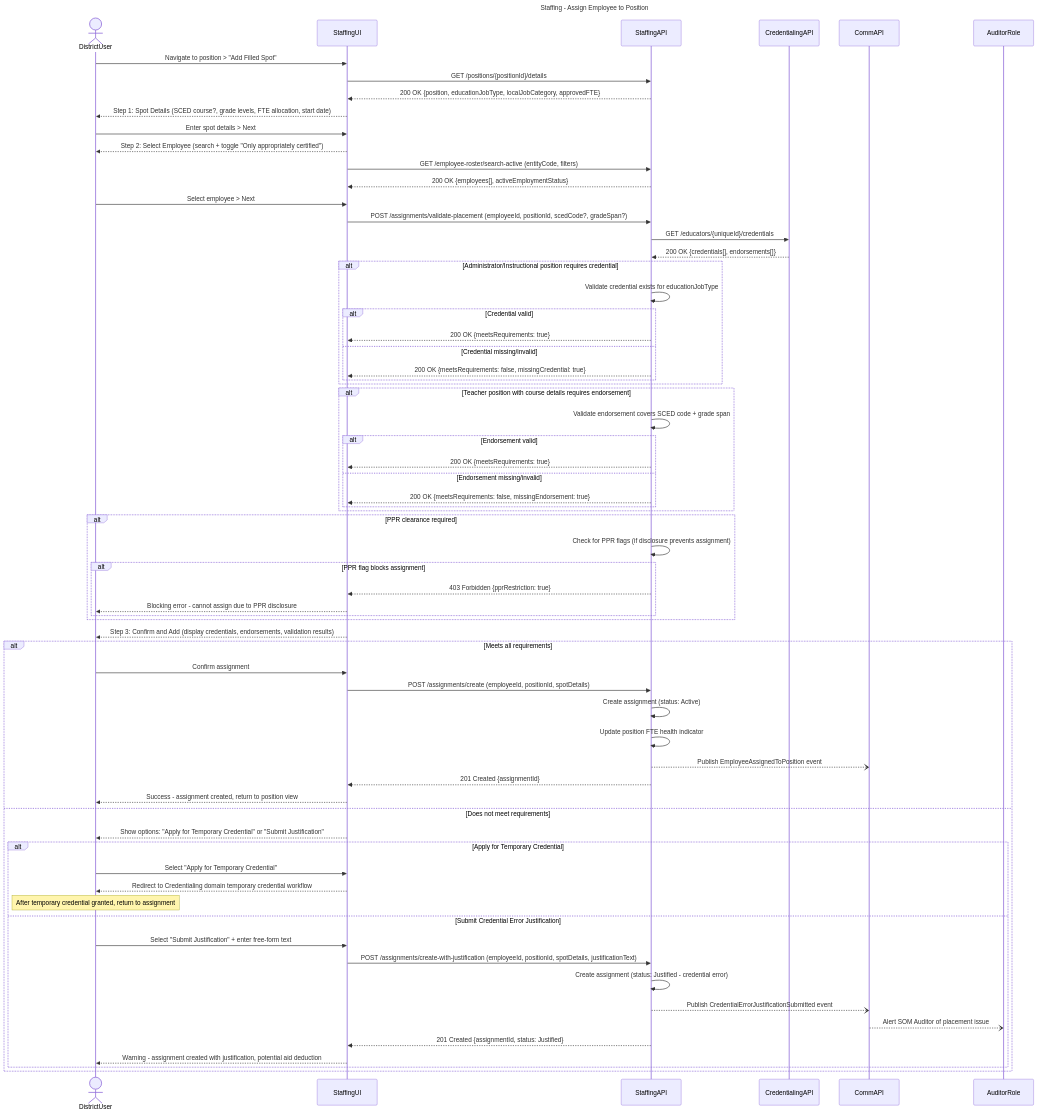
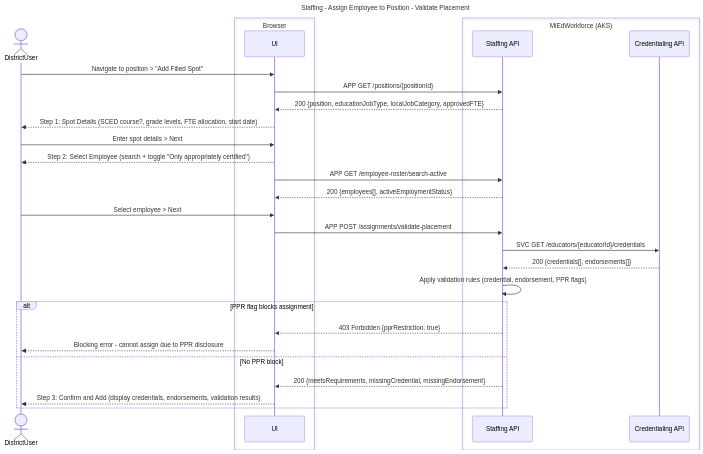
The fourth of 14 diagrams in working-docs/solution-areas/staffing/staffing-sequences.md (mnichols-dl/mied-design), drawn with Mermaid before and after one commit. The commit also changed other lines of this file and 34 other files, not shown here.

Commit message:
Update sequences and perform RTM assessment

````diff
--- a/working-docs/solution-areas/staffing/staffing-sequences.md
+++ b/working-docs/solution-areas/staffing/staffing-sequences.md
@@ -208,87 +227,40 @@
 ```mermaid
 ---
-title: Staffing - Assign Employee to Position
+title: Staffing - Assign Employee to Position - Validate Placement
 ---
 sequenceDiagram
     actor DistrictUser
-    participant StaffingUI
-    participant StaffingAPI
-    participant CredentialingAPI
-    participant CommAPI
-    
-    DistrictUser->>StaffingUI: Navigate to position > "Add Filled Spot"
-    StaffingUI->>StaffingAPI: GET /positions/{positionId}/details
-    StaffingAPI-->>StaffingUI: 200 OK {position, educationJobType, localJobCategory, approvedFTE}
-    
-    StaffingUI-->>DistrictUser: Step 1: Spot Details (SCED course?, grade levels, FTE allocation, start date)
-    DistrictUser->>StaffingUI: Enter spot details > Next
-    
-    StaffingUI-->>DistrictUser: Step 2: Select Employee (search + toggle "Only appropriately certified")
-    StaffingUI->>StaffingAPI: GET /employee-roster/search-active (entityCode, filters)
-    StaffingAPI-->>StaffingUI: 200 OK {employees[], activeEmploymentStatus}
-    
-    DistrictUser->>StaffingUI: Select employee > Next
-    StaffingUI->>StaffingAPI: POST /assignments/validate-placement (employeeId, positionId, scedCode?, gradeSpan?)
-    
-    StaffingAPI->>CredentialingAPI: GET /educators/{uniqueId}/credentials
-    CredentialingAPI-->>StaffingAPI: 200 OK {credentials[], endorsements[]}
-    
-    alt Administrator/Instructional position requires credential
-        StaffingAPI->>StaffingAPI: Validate credential exists for educationJobType
-        
-        alt Credential valid
-            StaffingAPI-->>StaffingUI: 200 OK {meetsRequirements: true}
-        else Credential missing/invalid
-            StaffingAPI-->>StaffingUI: 200 OK {meetsRequirements: false, missingCredential: true}
-        end
+    box Browser
+        participant UI as UI
     end
-    
-    alt Teacher position with course details requires endorsement
-        StaffingAPI->>StaffingAPI: Validate endorsement covers SCED code + grade span
-        
-        alt Endorsement valid
-            StaffingAPI-->>StaffingUI: 200 OK {meetsRequirements: true}
-        else Endorsement missing/invalid
-            StaffingAPI-->>StaffingUI: 200 OK {meetsRequirements: false, missingEndorsement: true}
-        end
+    box MiEdWorkforce (AKS)
+        participant StaffingApi as Staffing API
+        participant CredApi as Credentialing API
     end
-    
-    alt PPR clearance required
-        StaffingAPI->>StaffingAPI: Check for PPR flags (if disclosure prevents assignment)
-        
-        alt PPR flag blocks assignment
-            StaffingAPI-->>StaffingUI: 403 Forbidden {pprRestriction: true}
-            StaffingUI-->>DistrictUser: Blocking error - cannot assign due to PPR disclosure
-        end
-    end
-    
-    StaffingUI-->>DistrictUser: Step 3: Confirm and Add (display credentials, endorsements, validation results)
-    
-    alt Meets all requirements
-        DistrictUser->>StaffingUI: Confirm assignment
-        StaffingUI->>StaffingAPI: POST /assignments/create (employeeId, positionId, spotDetails)
-        StaffingAPI->>StaffingAPI: Create assignment (status: Active)
-        StaffingAPI->>StaffingAPI: Update position FTE health indicator
-        StaffingAPI--)CommAPI: Publish EmployeeAssignedToPosition event
-        StaffingAPI-->>StaffingUI: 201 Created {assignmentId}
-        StaffingUI-->>DistrictUser: Success - assignment created, return to position view
-        
-    else Does not meet requirements
-        StaffingUI-->>DistrictUser: Show options: "Apply for Temporary Credential" or "Submit Justification"
-        
-        alt Apply for Temporary Credential
-            DistrictUser->>StaffingUI: Select "Apply for Temporary Credential"
-            StaffingUI-->>DistrictUser: Redirect to Credentialing domain temporary credential workflow
-            Note over DistrictUser: After temporary credential granted, return to assignment
-            
-        else Submit Credential Error Justification
-            DistrictUser->>StaffingUI: Select "Submit Justification" + enter free-form text
-            StaffingUI->>StaffingAPI: POST /assignments/create-with-justification (employeeId, positionId, spotDetails, justificationText)
-            StaffingAPI->>StaffingAPI: Create assignment (status: Justified - credential error)
-            StaffingAPI--)CommAPI: Publish CredentialErrorJustificationSubmitted event
-            CommAPI--)AuditorRole: Alert SOM Auditor of placement issue
-            StaffingAPI-->>StaffingUI: 201 Created {assignmentId, status: Justified}
-            StaffingUI-->>DistrictUser: Warning - assignment created with justification, potential aid deduction
-        end
+
+    DistrictUser->>UI: Navigate to position > "Add Filled Spot"
+    UI->>StaffingApi: APP GET /positions/{positionId}
+    StaffingApi-->>UI: 200 {position, educationJobType, localJobCategory, approvedFTE}
+
+    UI-->>DistrictUser: Step 1: Spot Details (SCED course?, grade levels, FTE allocation, start date)
+    DistrictUser->>UI: Enter spot details > Next
+
+    UI-->>DistrictUser: Step 2: Select Employee (search + toggle "Only appropriately certified")
+    UI->>StaffingApi: APP GET /employee-roster/search-active
+    StaffingApi-->>UI: 200 {employees[], activeEmploymentStatus}
+
+    DistrictUser->>UI: Select employee > Next
+    UI->>StaffingApi: APP POST /assignments/validate-placement
+
+    StaffingApi->>CredApi: SVC GET /educators/{educatorId}/credentials
+    CredApi-->>StaffingApi: 200 {credentials[], endorsements[]}
+    StaffingApi->>StaffingApi: Apply validation rules (credential, endorsement, PPR flags)
+
+    alt PPR flag blocks assignment
+        StaffingApi-->>UI: 403 Forbidden {pprRestriction: true}
+        UI-->>DistrictUser: Blocking error - cannot assign due to PPR disclosure
+    else No PPR block
+        StaffingApi-->>UI: 200 {meetsRequirements, missingCredential, missingEndorsement}
+        UI-->>DistrictUser: Step 3: Confirm and Add (display credentials, endorsements, validation results)
     end
 ```
````
